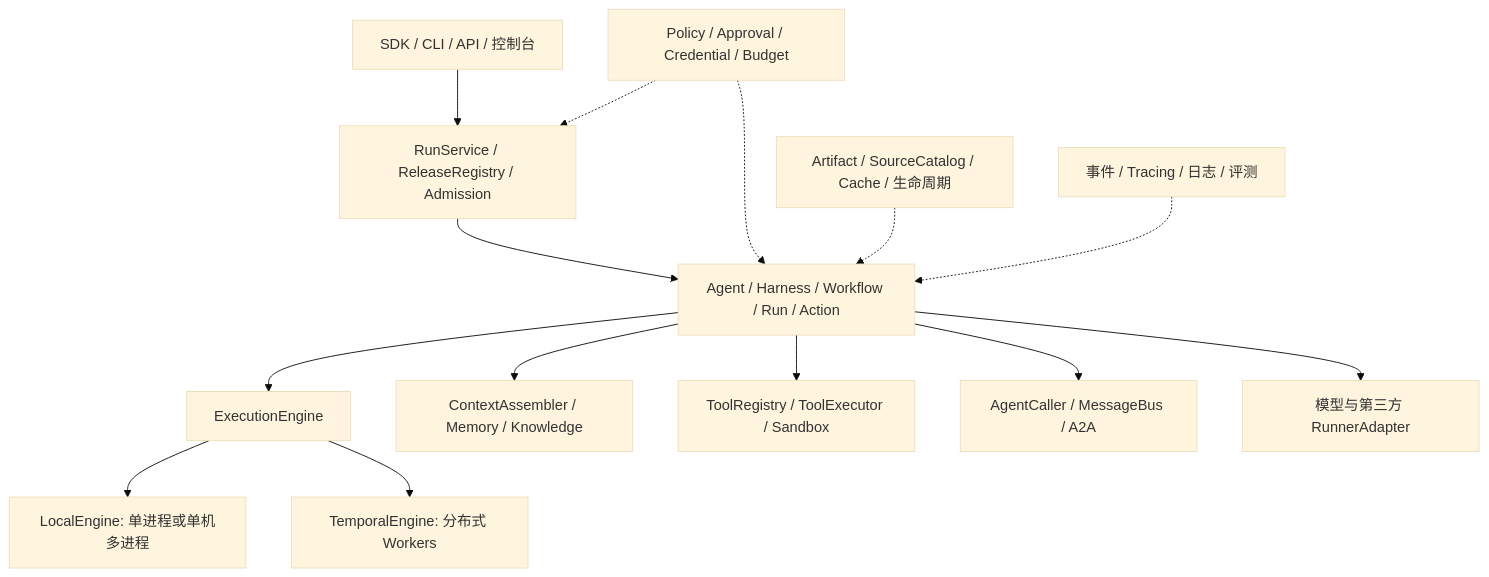
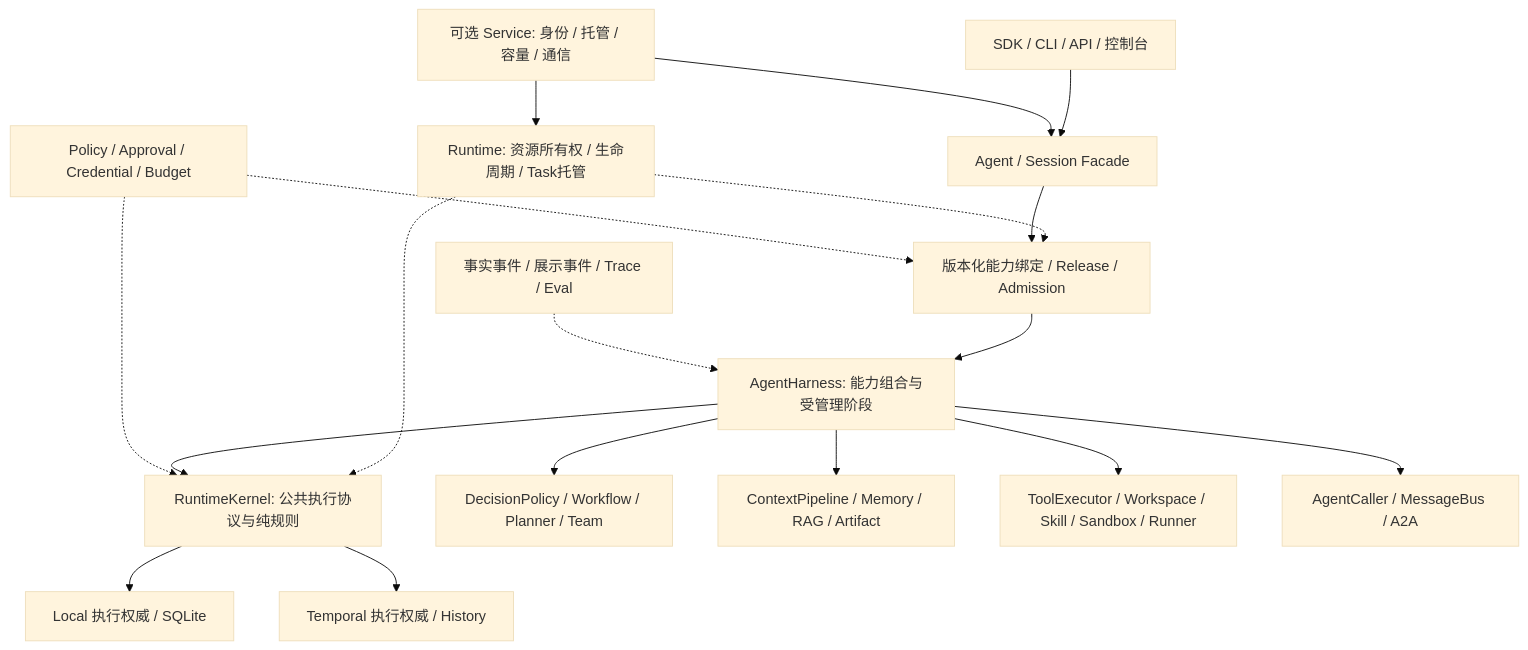
The second of 2 diagrams in architecture/design.md (RalfNick/ralf-agent), drawn with Mermaid (base theme) before and after one commit. The commit also changed other lines of this file and 336 other files, not shown here.

````diff
--- a/architecture/design.md
+++ b/architecture/design.md
@@ -76,16 +74,20 @@
 ```mermaid
 flowchart TB
-    Entry[SDK / CLI / API / 控制台] --> Control[RunService / ReleaseRegistry / Admission]
-    Control --> Core[Agent / Harness / Workflow / Run / Action]
-    Core --> Engine[ExecutionEngine]
-    Engine --> Local[LocalEngine: 单进程或单机多进程]
-    Engine --> Temporal[TemporalEngine: 分布式 Workers]
-    Core --> Context[ContextAssembler / Memory / Knowledge]
-    Core --> Tools[ToolRegistry / ToolExecutor / Sandbox]
-    Core --> Messaging[AgentCaller / MessageBus / A2A]
-    Core --> Adapters[模型与第三方 RunnerAdapter]
-    Governance[Policy / Approval / Credential / Budget] -.-> Control
-    Governance -.-> Core
-    Data[Artifact / SourceCatalog / Cache / 生命周期] -.-> Core
-    Observe[事件 / Tracing / 日志 / 评测] -.-> Core
+    Entry[SDK / CLI / API / 控制台] --> Facade[Agent / Session Facade]
+    Service[可选 Service: 身份 / 托管 / 容量 / 通信] --> Facade
+    Service --> Runtime[Runtime: 资源所有权 / 生命周期 / Task托管]
+    Runtime -.-> Bindings
+    Runtime -.-> Kernel
+    Facade --> Bindings[版本化能力绑定 / Release / Admission]
+    Bindings --> Harness[AgentHarness: 能力组合与受管理阶段]
+    Harness --> Kernel[RuntimeKernel: 公共执行协议与纯规则]
+    Kernel --> Local[Local 执行权威 / SQLite]
+    Kernel --> Temporal[Temporal 执行权威 / History]
+    Harness --> Strategies[DecisionPolicy / Workflow / Planner / Team]
+    Harness --> Context[ContextPipeline / Memory / RAG / Artifact]
+    Harness --> Tools[ToolExecutor / Workspace / Skill / Sandbox / Runner]
+    Harness --> Messaging[AgentCaller / MessageBus / A2A]
+    Governance[Policy / Approval / Credential / Budget] -.-> Bindings
+    Governance -.-> Kernel
+    Observe[事实事件 / 展示事件 / Trace / Eval] -.-> Harness
 ```
````
